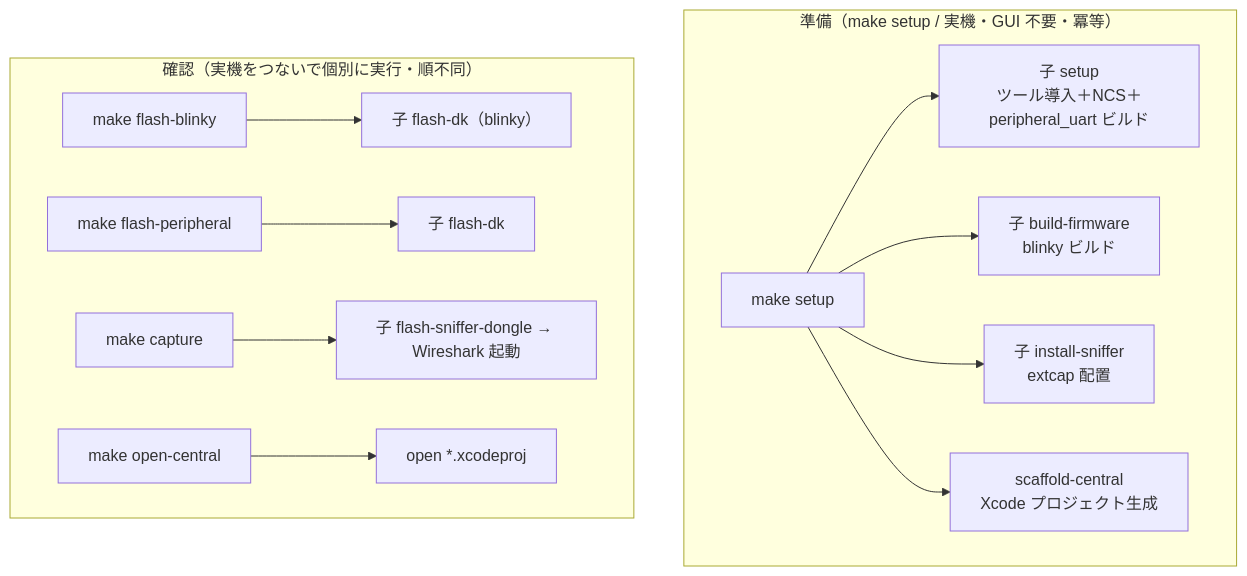
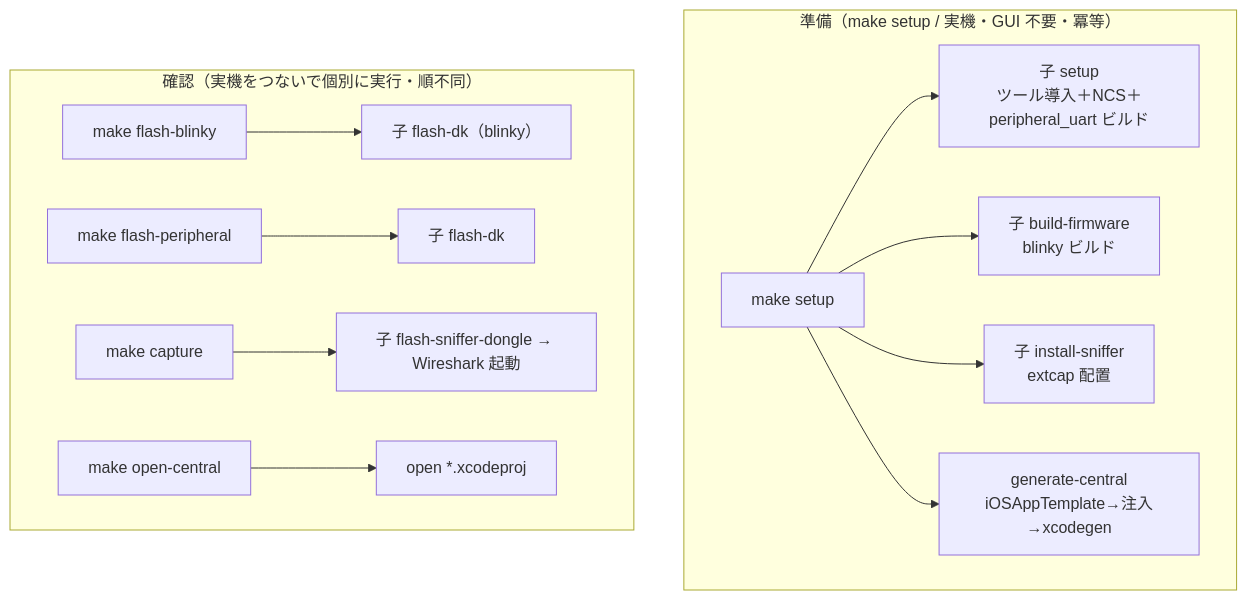
Before and after one commit to kokiTakashiki/CoreBluetoothDevelopmentBootstrap: the fourth of 4 diagrams in docs/DESIGN-001.md, drawn with Mermaid. The commit also changed other lines of this file and 7 other files, not shown here.

First line of the commit message:
refactor(central): iOSAppTemplate を実装フェーズで実行する方式へ（生成物は vendor しない）

````diff
--- a/docs/DESIGN-001.md
+++ b/docs/DESIGN-001.md
@@ -241,17 +242,17 @@
 ```mermaid
 graph TD
     subgraph build["準備（make setup / 実機・GUI 不要・冪等）"]
         setup["make setup"]
         setup --> s1["子 setup<br/>ツール導入＋NCS＋peripheral_uart ビルド"]
         setup --> s2["子 build-firmware<br/>blinky ビルド"]
         setup --> s3["子 install-sniffer<br/>extcap 配置"]
-        setup --> s4["scaffold-central<br/>Xcode プロジェクト生成"]
+        setup --> s4["generate-central<br/>iOSAppTemplate→注入→xcodegen"]
     end
 
     subgraph play["確認（実機をつないで個別に実行・順不同）"]
         fb["make flash-blinky"] --> p1["子 flash-dk（blinky）"]
         fp["make flash-peripheral"] --> p2["子 flash-dk"]
         cap["make capture"] --> p3["子 flash-sniffer-dongle → Wireshark 起動"]
         oc["make open-central"] --> p4["open *.xcodeproj"]
     end
 ```
````
